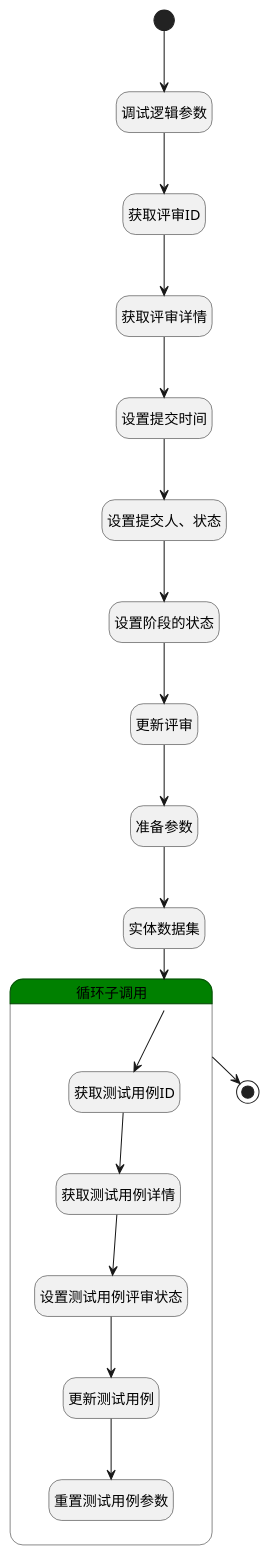
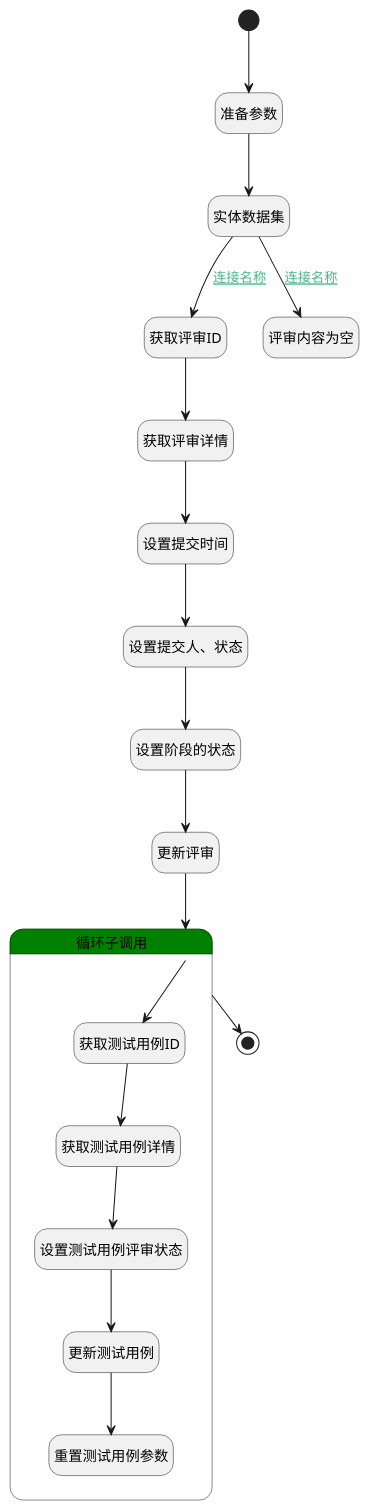
Before and after one commit to iBizLab/plm: the diagram in doc/docsify/module/TestMgmt/review_content/logic/submit_review.md, drawn with PlantUML. The commit also changed other lines of this file and 2688 other files, not shown here.

````diff
--- a/doc/docsify/module/TestMgmt/review_content/logic/submit_review.md
+++ b/doc/docsify/module/TestMgmt/review_content/logic/submit_review.md
@@ -7,50 +7,50 @@
 ```plantuml
 @startuml
 hide empty description
 <style>
 root {
   HyperlinkColor #42b983
 }
 </style>
 
 hide empty description
 state "开始" as Begin <<start>> [[$./submit_review#begin {"开始"}]]
 state "获取评审详情" as DEACTION4  [[$./submit_review#deaction4 {"获取评审详情"}]]
+state "设置提交时间" as RAWSFCODE1  [[$./submit_review#rawsfcode1 {"设置提交时间"}]]
 state "设置提交人、状态" as PREPAREPARAM1  [[$./submit_review#prepareparam1 {"设置提交人、状态"}]]
-state "更新评审" as DEACTION1  [[$./submit_review#deaction1 {"更新评审"}]]
-state "调试逻辑参数" as DEBUGPARAM1  [[$./submit_review#debugparam1 {"调试逻辑参数"}]]
-state "获取评审ID" as PREPAREPARAM6  [[$./submit_review#prepareparam6 {"获取评审ID"}]]
-state "设置提交时间" as RAWSFCODE1  [[$./submit_review#rawsfcode1 {"设置提交时间"}]]
 state "设置阶段的状态" as PREPAREPARAM2  [[$./submit_review#prepareparam2 {"设置阶段的状态"}]]
 state "准备参数" as PREPAREPARAM3  [[$./submit_review#prepareparam3 {"准备参数"}]]
+state "更新评审" as DEACTION1  [[$./submit_review#deaction1 {"更新评审"}]]
 state "实体数据集" as DEDATASET1  [[$./submit_review#dedataset1 {"实体数据集"}]]
+state "获取评审ID" as PREPAREPARAM6  [[$./submit_review#prepareparam6 {"获取评审ID"}]]
 state "结束" as END1 <<end>> [[$./submit_review#end1 {"结束"}]]
+state "评审内容为空" as THROWEXCEPTION1  [[$./submit_review#throwexception1 {"评审内容为空"}]]
 state "循环子调用" as LOOPSUBCALL1  [[$./submit_review#loopsubcall1 {"循环子调用"}]] #green {
 state "获取测试用例ID" as PREPAREPARAM4  [[$./submit_review#prepareparam4 {"获取测试用例ID"}]]
 state "获取测试用例详情" as DEACTION2  [[$./submit_review#deaction2 {"获取测试用例详情"}]]
 state "设置测试用例评审状态" as PREPAREPARAM5  [[$./submit_review#prepareparam5 {"设置测试用例评审状态"}]]
 state "更新测试用例" as DEACTION3  [[$./submit_review#deaction3 {"更新测试用例"}]]
 state "重置测试用例参数" as RESETPARAM1  [[$./submit_review#resetparam1 {"重置测试用例参数"}]]
 }
 
 
-Begin --> DEBUGPARAM1
-DEBUGPARAM1 --> PREPAREPARAM6
+Begin --> PREPAREPARAM3
+PREPAREPARAM3 --> DEDATASET1
+DEDATASET1 --> PREPAREPARAM6 : [[$./submit_review#dedataset1-prepareparam6{连接名称} 连接名称]]
 PREPAREPARAM6 --> DEACTION4
 DEACTION4 --> RAWSFCODE1
 RAWSFCODE1 --> PREPAREPARAM1
 PREPAREPARAM1 --> PREPAREPARAM2
 PREPAREPARAM2 --> DEACTION1
-DEACTION1 --> PREPAREPARAM3
-PREPAREPARAM3 --> DEDATASET1
-DEDATASET1 --> LOOPSUBCALL1
+DEACTION1 --> LOOPSUBCALL1
 LOOPSUBCALL1 --> PREPAREPARAM4
 PREPAREPARAM4 --> DEACTION2
 DEACTION2 --> PREPAREPARAM5
 PREPAREPARAM5 --> DEACTION3
 DEACTION3 --> RESETPARAM1
 LOOPSUBCALL1 --> END1
+DEDATASET1 --> THROWEXCEPTION1 : [[$./submit_review#dedataset1-throwexception1{连接名称} 连接名称]]
 
 
 @enduml
 ```
````
